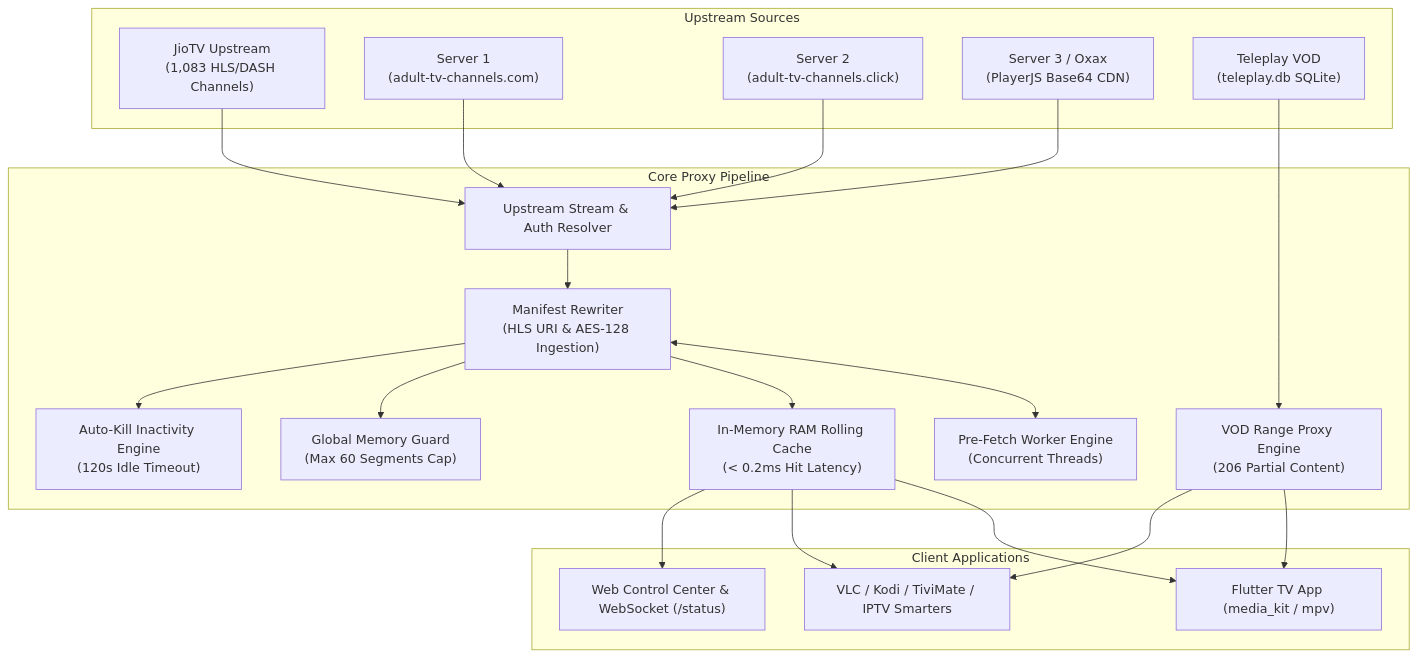
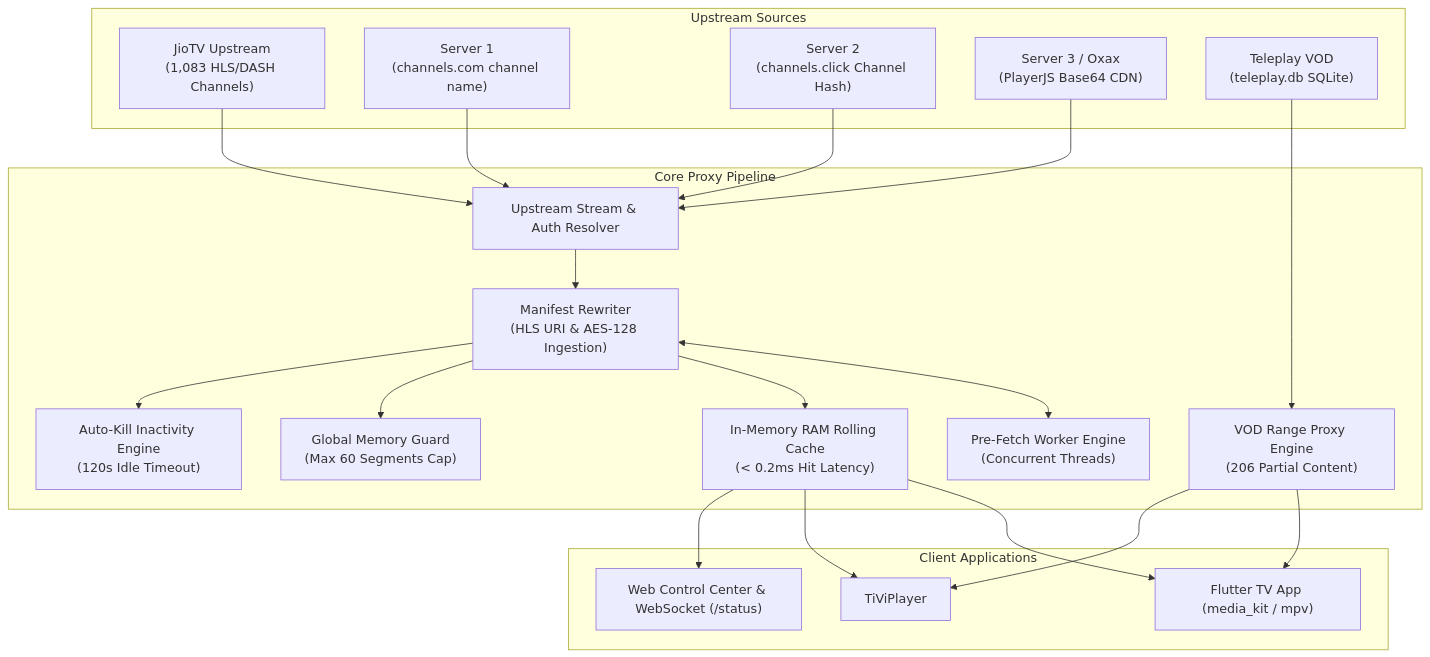
One commit to levispark/gen-playlist changed the diagram in README.md. Above: the diagram before and after it, drawn with Mermaid.

````diff
--- a/README.md
+++ b/README.md
@@ -26,44 +26,44 @@
 ```mermaid
 flowchart TD
     subgraph Upstream Sources
         J["JioTV Upstream<br>(1,083 HLS/DASH Channels)"]
-        S1["Server 1<br>(adult-tv-channels.com)"]
-        S2["Server 2<br>(adult-tv-channels.click)"]
+        S1["Server 1<br>(channels.com channel name)"]
+        S2["Server 2<br>(channels.click Channel Hash)"]
         OX["Server 3 / Oxax<br>(PlayerJS Base64 CDN)"]
         VOD["Teleplay VOD<br>(teleplay.db SQLite)"]
     end
 
     subgraph Core Proxy Pipeline 
         R["Upstream Stream & Auth Resolver"]
         W["Manifest Rewriter<br>(HLS URI & AES-128 Ingestion)"]
         P["Pre-Fetch Worker Engine<br>(Concurrent Threads)"]
         M["In-Memory RAM Rolling Cache<br>(< 0.2ms Hit Latency)"]
         G["Global Memory Guard<br>(Max 60 Segments Cap)"]
         K["Auto-Kill Inactivity Engine<br>(120s Idle Timeout)"]
         V["VOD Range Proxy Engine<br>(206 Partial Content)"]
     end
 
     subgraph Client Applications
         C1["Flutter TV App (media_kit / mpv)"]
-        C2["VLC / Kodi / TiviMate / IPTV Smarters"]
+        C2["TiViPlayer"]
         C3["Web Control Center & WebSocket (/status)"]
     end
 
     J --> R
     S1 --> R
     S2 --> R
     OX --> R
     VOD --> V
 
     R --> W
     W <--> P
     W --> M
     W --> G
     W --> K
 
     M --> C1
     M --> C2
     V --> C1
     V --> C2
     M --> C3
 ```
````
